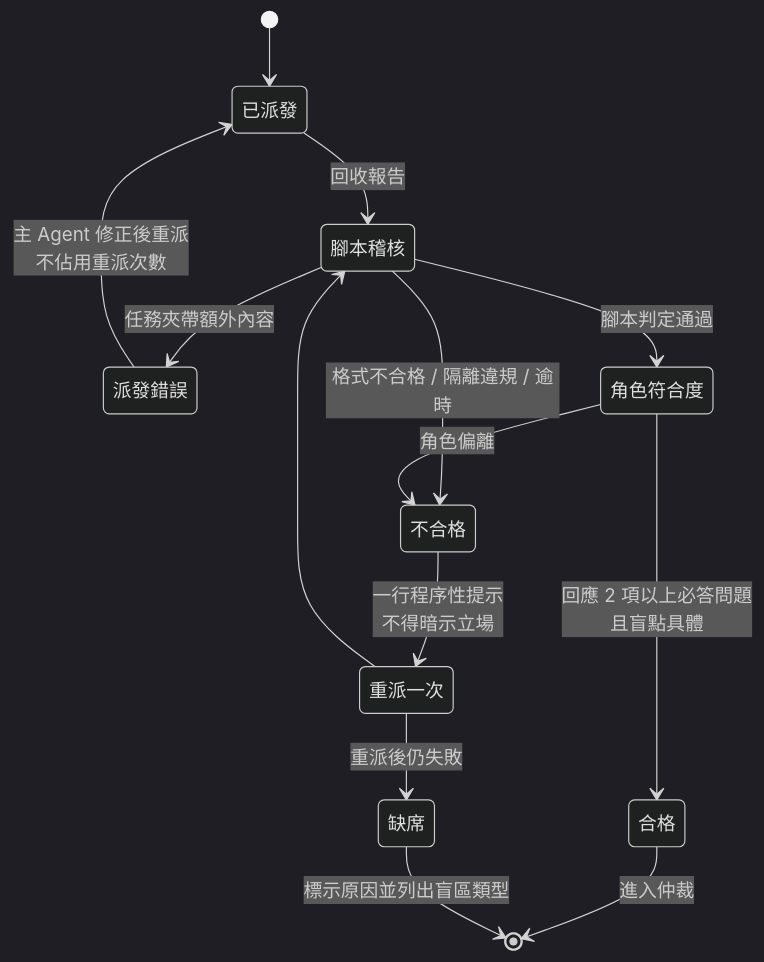
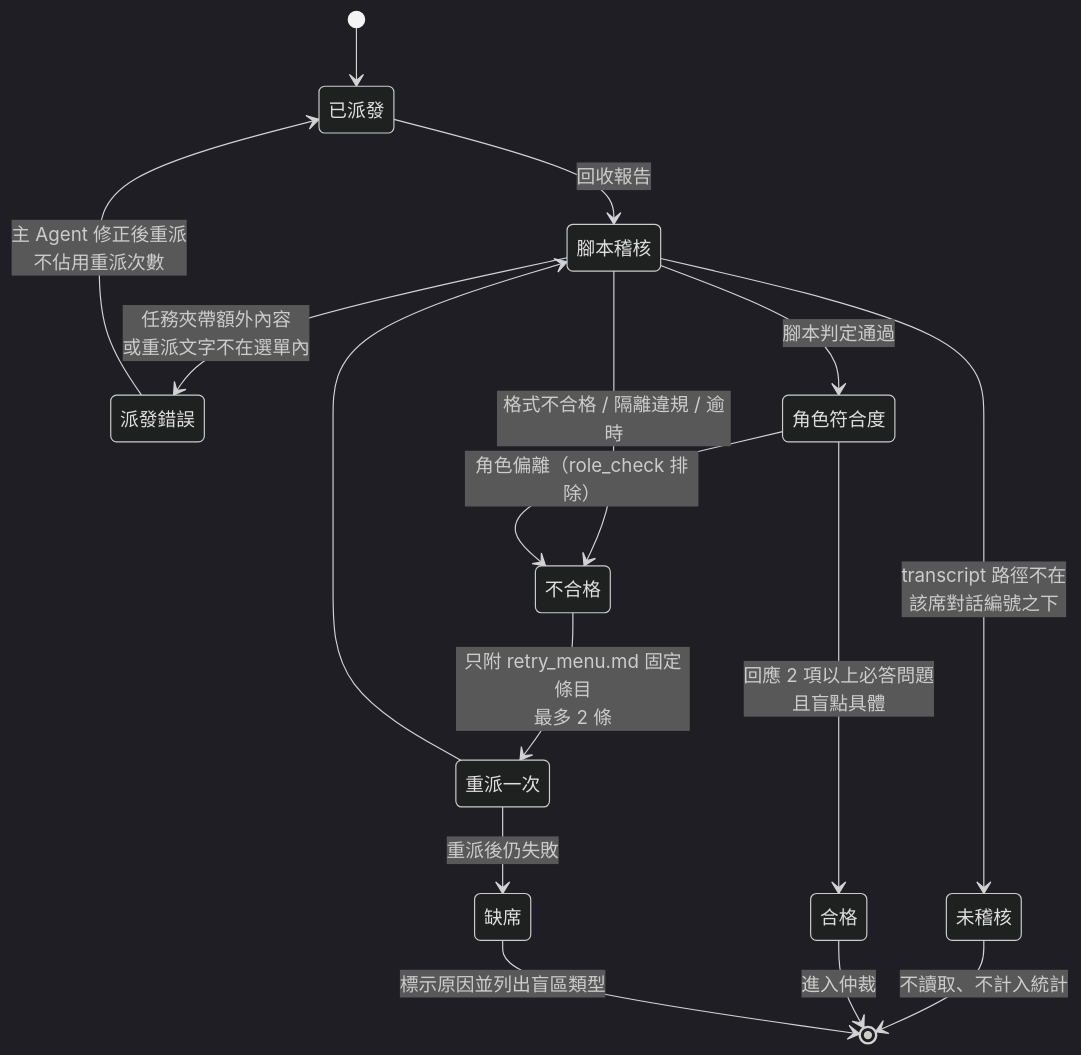
The third of 4 diagrams in README.md (SKR416/agentic-council), drawn with Mermaid (dark theme) before and after one commit. The commit also changed other lines of this file, not shown here.

Commit message:
docs: README 內文對齊 v2.5.0（重派選單、統計範圍、check-plan、安全邊界、儀表板預設產生、測試說明）

````diff
--- a/README.md
+++ b/README.md
@@ -198,16 +206,18 @@
 ```mermaid
 stateDiagram-v2
     [*] --> 已派發
     已派發 --> 腳本稽核: 回收報告
-    腳本稽核 --> 派發錯誤: 任務夾帶額外內容
+    腳本稽核 --> 派發錯誤: 任務夾帶額外內容<br/>或重派文字不在選單內
     派發錯誤 --> 已派發: 主 Agent 修正後重派<br/>不佔用重派次數
+    腳本稽核 --> 未稽核: transcript 路徑不在<br/>該席對話編號之下
+    未稽核 --> [*]: 不讀取、不計入統計
     腳本稽核 --> 角色符合度: 腳本判定通過
     腳本稽核 --> 不合格: 格式不合格 / 隔離違規 / 逾時
     角色符合度 --> 合格: 回應 2 項以上必答問題<br/>且盲點具體
-    角色符合度 --> 不合格: 角色偏離
-    不合格 --> 重派一次: 一行程序性提示<br/>不得暗示立場
+    角色符合度 --> 不合格: 角色偏離（role_check 排除）
+    不合格 --> 重派一次: 只附 retry_menu.md 固定條目<br/>最多 2 條
     重派一次 --> 腳本稽核
     重派一次 --> 缺席: 重派後仍失敗
     合格 --> [*]: 進入仲裁
     缺席 --> [*]: 標示原因並列出盲區類型
 ```
````
